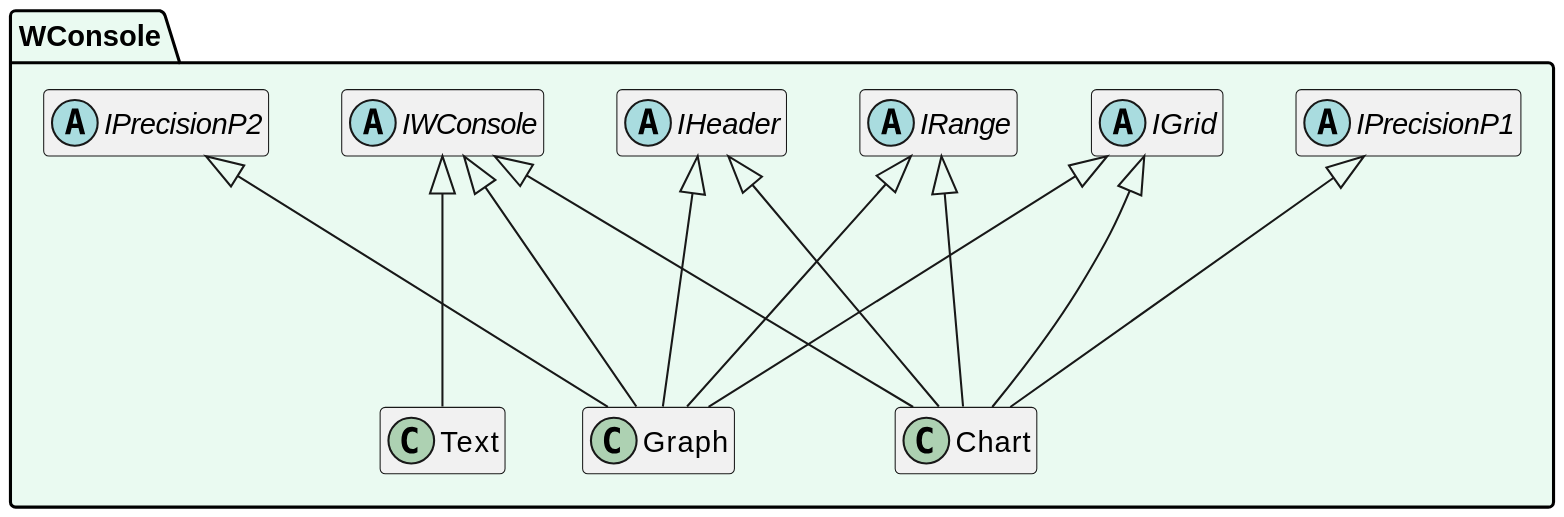
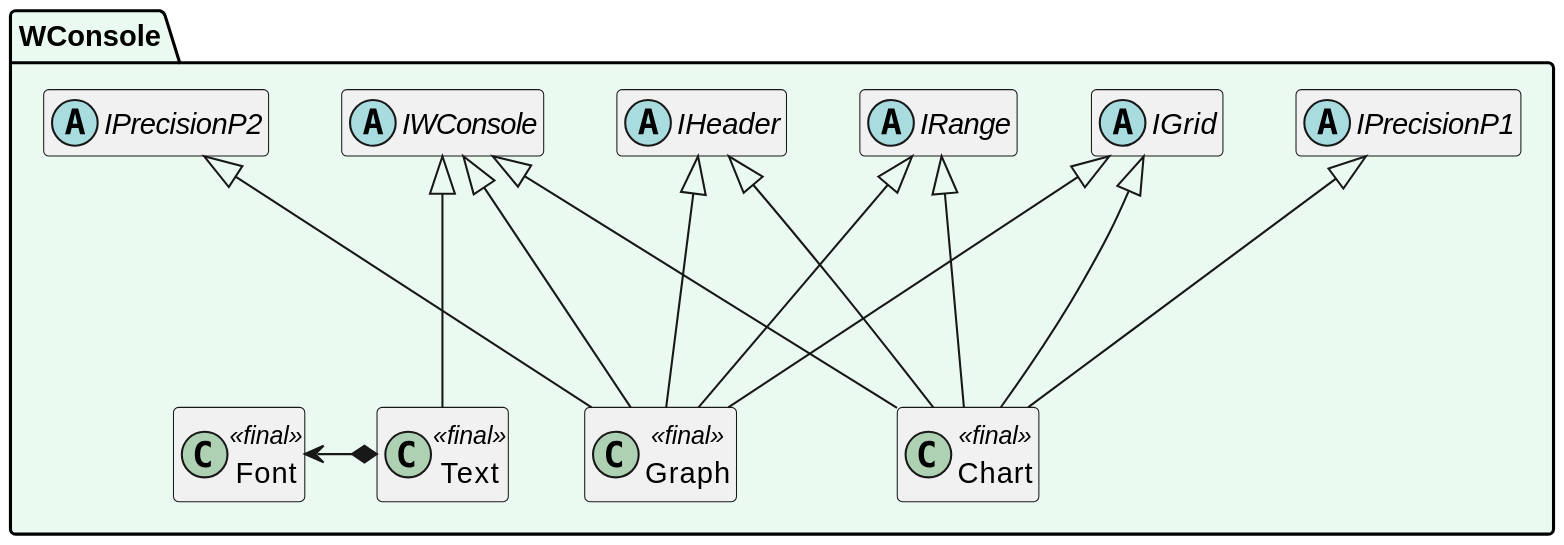
The diagram in doc/UMLClass.md (SergioStopkin/WideConsole), drawn with PlantUML before and after one commit.

Commit message:
UMLClass: Add <<final>> mark

````diff
--- a/doc/UMLClass.md
+++ b/doc/UMLClass.md
@@ -1,37 +1,39 @@
 ```plantuml
 @startuml
 
 scale 1600 width
 
 hide empty members
 
 namespace WConsole #EAFAF1 {
 
 abstract class IGrid
 abstract class IHeader
 abstract class IPrecisionP1
 abstract class IPrecisionP2
 abstract class IRange
 abstract class IWConsole
-class Chart
-class Graph
-class Text
+class Chart <<final>>
+class Graph <<final>>
+class Text <<final>>
+class Font <<final>>
 
 IWConsole    <|--- Chart
 IHeader      <|--- Chart
 IPrecisionP1 <|--- Chart
 IRange       <|--- Chart
 IGrid        <|--- Chart
 
 IWConsole    <|--- Graph
 IHeader      <|--- Graph
 IPrecisionP2 <|--- Graph
 IRange       <|--- Graph
 IGrid        <|--- Graph
 
 IWConsole    <|--- Text
+Font         <-* Text
 
 }
 
 @enduml
 ```
````
